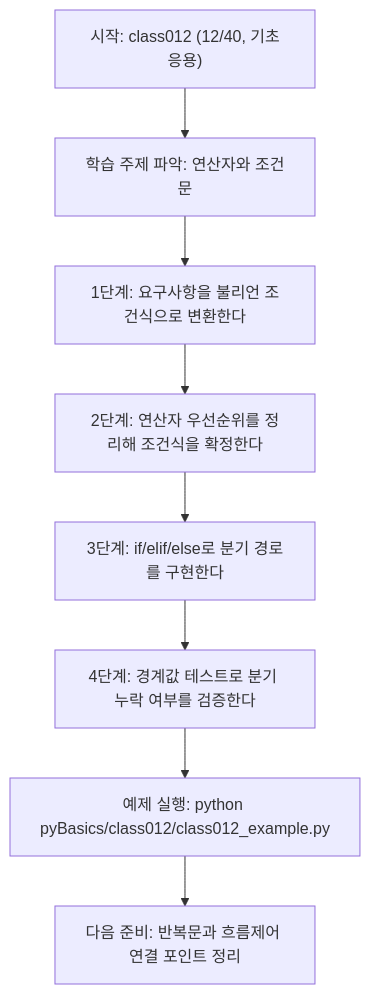
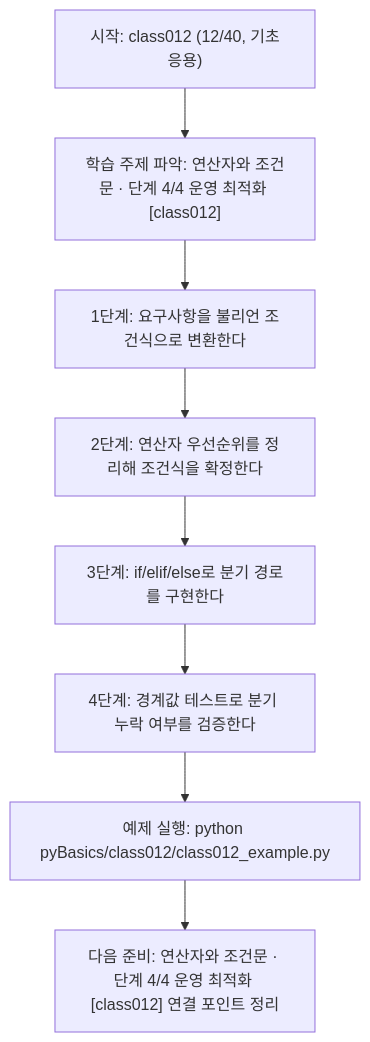
Before and after one commit to edumgt/Python-AI_Agent-Class: the diagram in pyBasics/class012/class012.md, drawn with Mermaid. The commit also changed other lines of this file and 522 other files, not shown here.

````diff
--- a/pyBasics/class012/class012.md
+++ b/pyBasics/class012/class012.md
@@ -108,18 +109,18 @@
 ```mermaid
 flowchart TD
 N1["시작: class012 (12/40, 기초응용)"]
-N2["학습 주제 파악: 연산자와 조건문"]
+N2["학습 주제 파악: 연산자와 조건문 · 단계 4/4 운영 최적화 [class012]"]
 N3["1단계: 요구사항을 불리언 조건식으로 변환한다"]
 N4["2단계: 연산자 우선순위를 정리해 조건식을 확정한다"]
 N5["3단계: if/elif/else로 분기 경로를 구현한다"]
 N6["4단계: 경계값 테스트로 분기 누락 여부를 검증한다"]
 N7["예제 실행: python pyBasics/class012/class012_example.py"]
-N8["다음 준비: 반복문과 흐름제어 연결 포인트 정리"]
+N8["다음 준비: 연산자와 조건문 · 단계 4/4 운영 최적화 [class012] 연결 포인트 정리"]
 N1 --> N2
 N2 --> N3
 N3 --> N4
 N4 --> N5
 N5 --> N6
 N6 --> N7
 N7 --> N8
 ```
````
